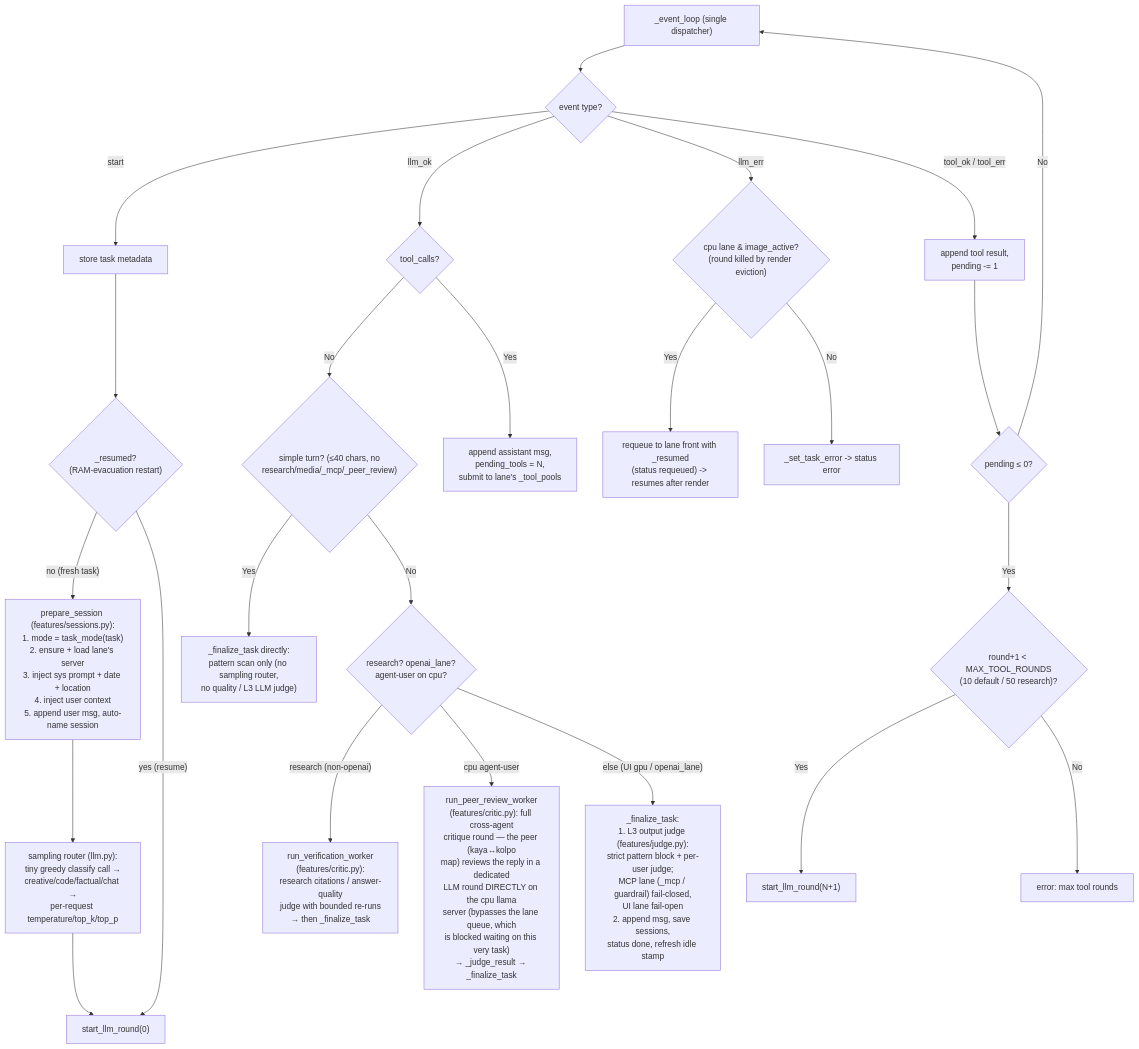
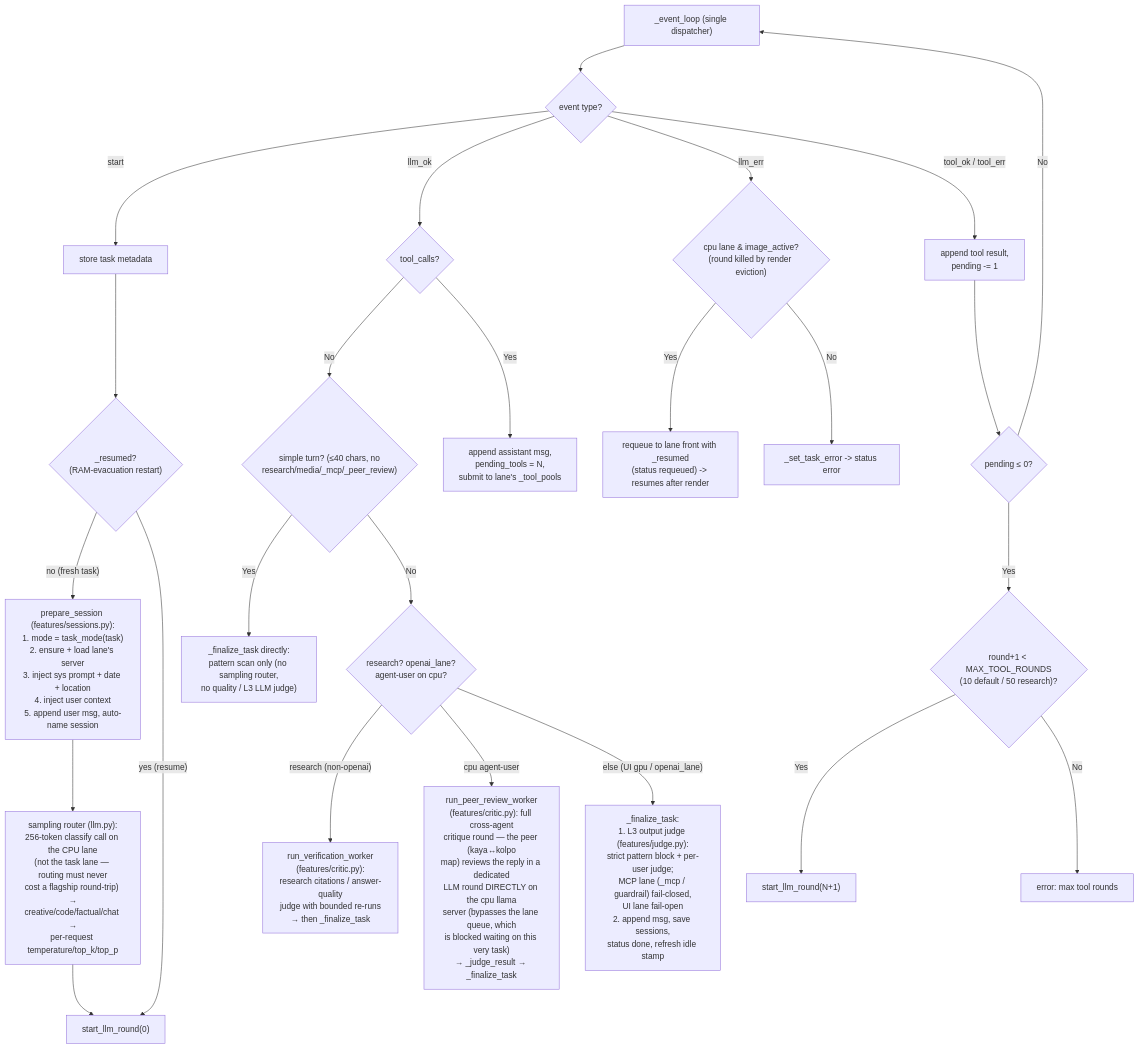
The ninth of 13 diagrams in ARCHITECTURE.md (Palash90/local-ai), drawn with Mermaid before and after one commit. The commit also changed other lines of this file and 5 other files, not shown here.

````diff
--- a/ARCHITECTURE.md
+++ b/ARCHITECTURE.md
@@ -361,27 +361,27 @@
 ```mermaid
 graph TD
     E1["_event_loop (single dispatcher)"] --> EvDispatch{"event type?"}
     EvDispatch -- "start" --> EvStart["store task metadata"] --> Resumed{"_resumed?\n(RAM-evacuation restart)"}
-    Resumed -- "no (fresh task)" --> Prep["prepare_session (features/sessions.py):\n1. mode = task_mode(task)\n2. ensure + load lane's server\n3. inject sys prompt + date + location\n4. inject user context\n5. append user msg, auto-name session"] --> Router["sampling router (llm.py):\ntiny greedy classify call →\ncreative/code/factual/chat →\nper-request temperature/top_k/top_p"]
+    Resumed -- "no (fresh task)" --> Prep["prepare_session (features/sessions.py):\n1. mode = task_mode(task)\n2. ensure + load lane's server\n3. inject sys prompt + date + location\n4. inject user context\n5. append user msg, auto-name session"] --> Router["sampling router (llm.py):\n256-token classify call on the CPU lane\n(not the task lane — routing must never\ncost a flagship round-trip) →\ncreative/code/factual/chat →\nper-request temperature/top_k/top_p"]
     Router --> Round0["start_llm_round(0)"]
     Resumed -- "yes (resume)" --> Round0
 
     EvDispatch -- "llm_ok" --> LLMOK{"tool_calls?"}
     LLMOK -- No --> Simple{"simple turn? (≤40 chars, no\nresearch/media/_mcp/_peer_review)"}
     Simple -- Yes --> Final2["_finalize_task directly:\npattern scan only (no sampling router,\nno quality / L3 LLM judge)"]
     Simple -- No --> VGate{"research? openai_lane?\nagent-user on cpu?"}
     VGate -- "research (non-openai)" --> Critic2["run_verification_worker\n(features/critic.py):\nresearch citations / answer-quality\njudge with bounded re-runs\n→ then _finalize_task"]
     VGate -- "cpu agent-user" --> Peer["run_peer_review_worker\n(features/critic.py): full cross-agent\ncritique round — the peer (kaya↔kolpo\nmap) reviews the reply in a dedicated\nLLM round DIRECTLY on the cpu llama\nserver (bypasses the lane queue, which\nis blocked waiting on this very task)\n→ _judge_result → _finalize_task"]
     VGate -- "else (UI gpu / openai_lane)" --> Final["_finalize_task:\n1. L3 output judge (features/judge.py):\nstrict pattern block + per-user judge;\nMCP lane (_mcp / guardrail) fail-closed,\nUI lane fail-open\n2. append msg, save sessions,\nstatus done, refresh idle stamp"]
     LLMOK -- Yes --> SubmitTools["append assistant msg,\npending_tools = N,\nsubmit to lane's _tool_pools"]
 
     EvDispatch -- "llm_err" --> LLMErr{"cpu lane & image_active?\n(round killed by render eviction)"}
     LLMErr -- Yes --> Requeue["requeue to lane front with _resumed\n(status requeued) -> resumes after render"]
     LLMErr -- No --> SetErr["_set_task_error -> status error"]
     EvDispatch -- "tool_ok / tool_err" --> ToolOK["append tool result,\npending -= 1"]
     ToolOK --> AllDone{"pending ≤ 0?"}
     AllDone -- No --> E1
     AllDone -- Yes --> RoundCap{"round+1 < MAX_TOOL_ROUNDS\n(10 default / 50 research)?"}
     RoundCap -- Yes --> NextRound["start_llm_round(N+1)"]
     RoundCap -- No --> MaxErr["error: max tool rounds"]
 ```
````
